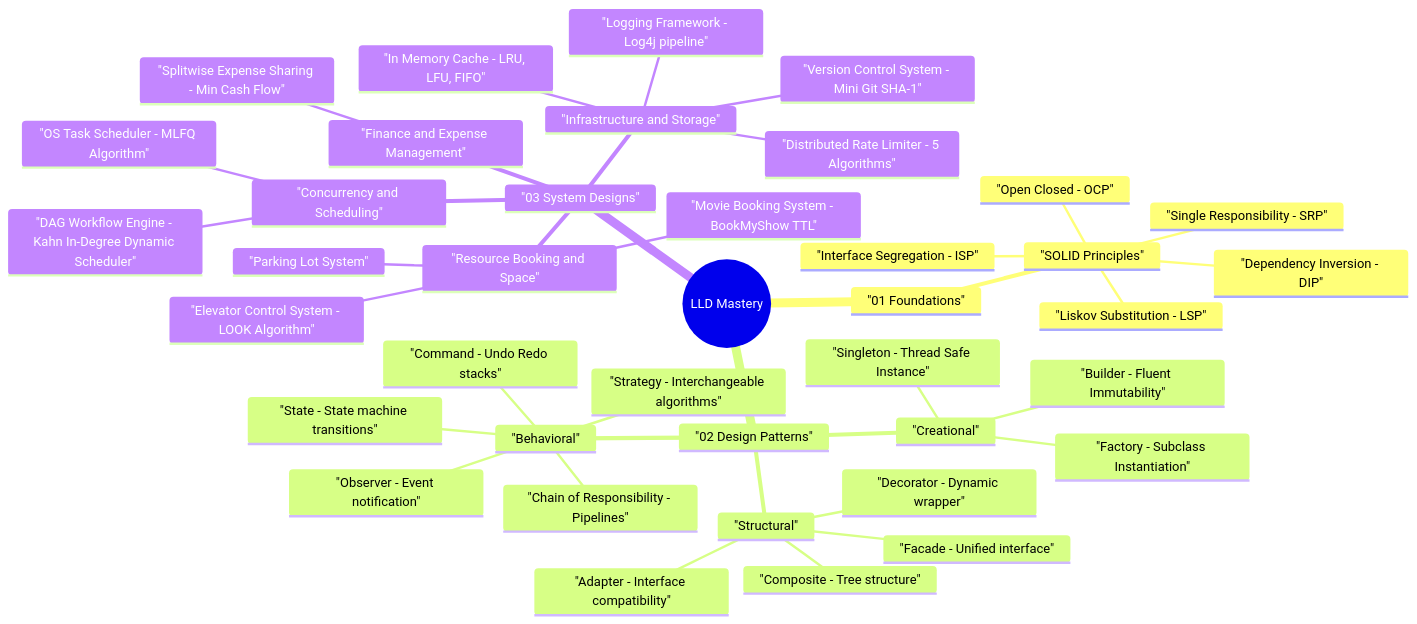
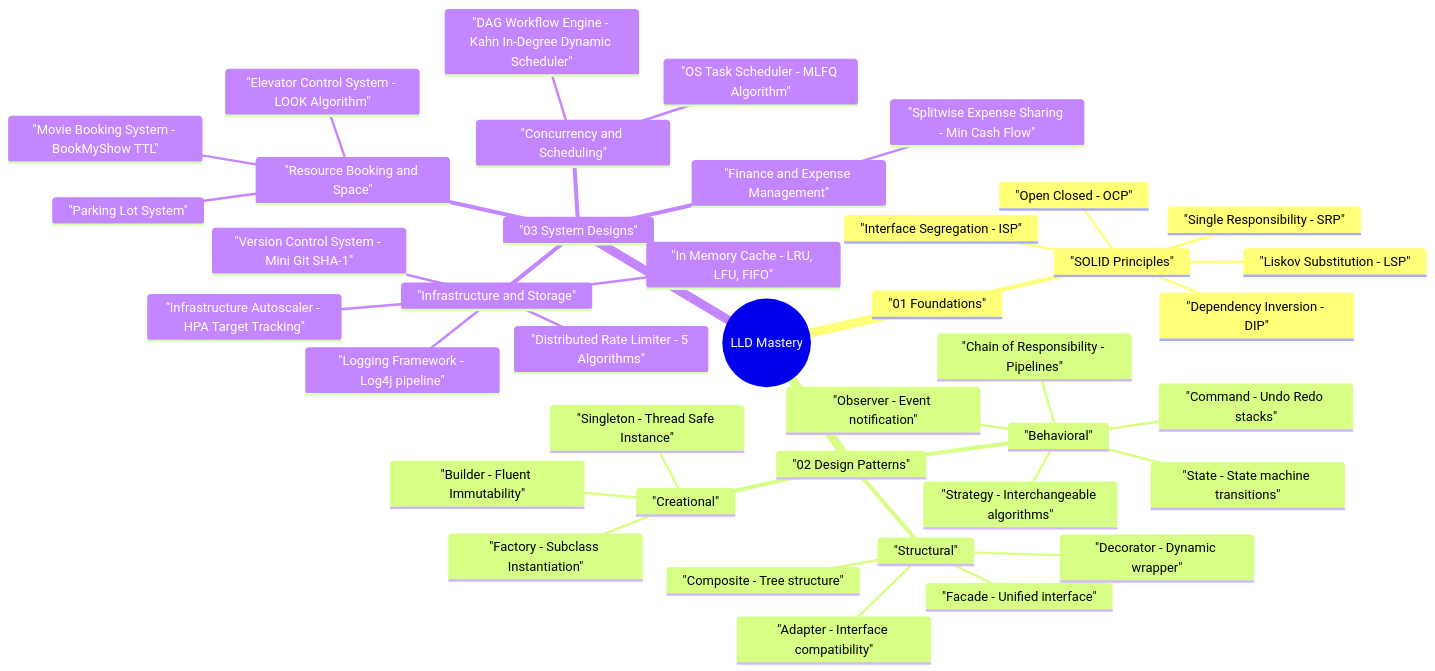
The diagram in 02_system_design/lld/00_LLD_MindMap.md (chauhankartik/chauhankartik.github.io), drawn with Mermaid before and after one commit. The commit also changed 5 other files, not shown here.

Commit message:
feat(lld): add infrastructure autoscaler system with target tracking and anti-flapping guardrails

````diff
--- a/02_system_design/lld/00_LLD_MindMap.md
+++ b/02_system_design/lld/00_LLD_MindMap.md
@@ -9,42 +9,43 @@
 ```mermaid
 mindmap
   root(("LLD Mastery"))
     "01 Foundations"
       "SOLID Principles"
         "Single Responsibility - SRP"
         "Open Closed - OCP"
         "Liskov Substitution - LSP"
         "Interface Segregation - ISP"
         "Dependency Inversion - DIP"
     "02 Design Patterns"
       "Creational"
         "Singleton - Thread Safe Instance"
         "Factory - Subclass Instantiation"
         "Builder - Fluent Immutability"
       "Structural"
         "Decorator - Dynamic wrapper"
         "Facade - Unified interface"
         "Adapter - Interface compatibility"
         "Composite - Tree structure"
       "Behavioral"
         "Observer - Event notification"
         "State - State machine transitions"
         "Strategy - Interchangeable algorithms"
         "Chain of Responsibility - Pipelines"
         "Command - Undo Redo stacks"
     "03 System Designs"
       "Infrastructure and Storage"
         "Version Control System - Mini Git SHA-1"
         "Logging Framework - Log4j pipeline"
         "In Memory Cache - LRU, LFU, FIFO"
         "Distributed Rate Limiter - 5 Algorithms"
+        "Infrastructure Autoscaler - HPA Target Tracking"
       "Resource Booking and Space"
         "Parking Lot System"
         "Movie Booking System - BookMyShow TTL"
         "Elevator Control System - LOOK Algorithm"
       "Finance and Expense Management"
         "Splitwise Expense Sharing - Min Cash Flow"
       "Concurrency and Scheduling"
         "OS Task Scheduler - MLFQ Algorithm"
         "DAG Workflow Engine - Kahn In-Degree Dynamic Scheduler"
 ```
````
